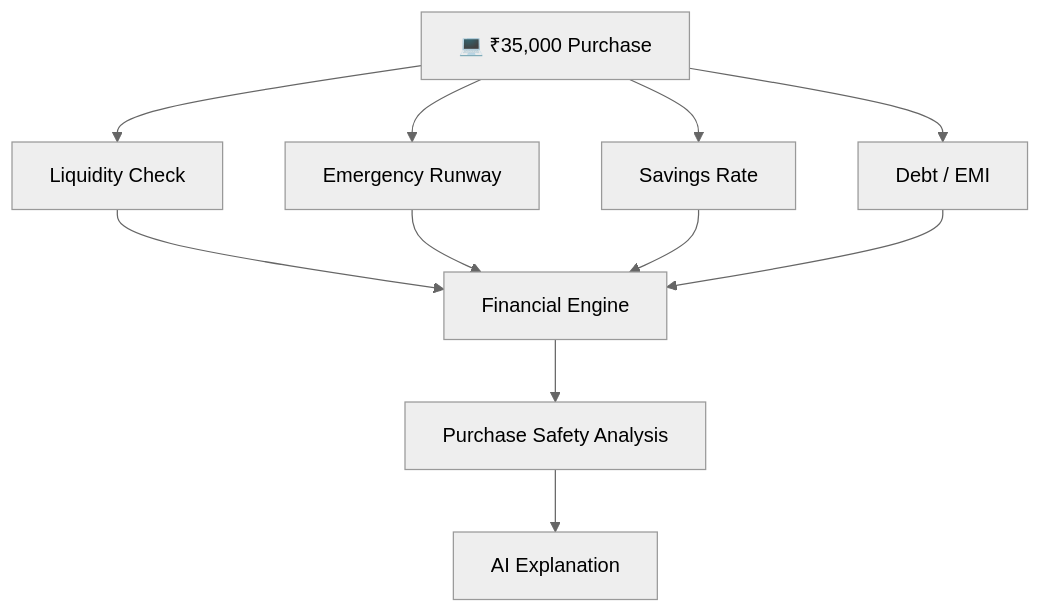
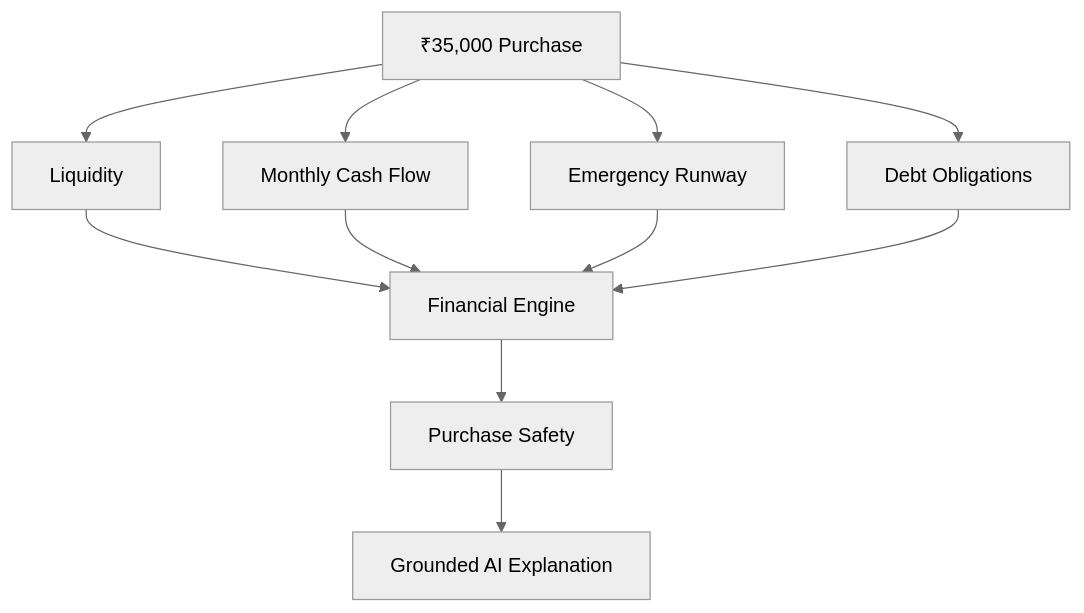
One commit to ShlokMishra01/Fintech-assistant-model-with-neo4j-and-Python changed the seventh of 11 diagrams in README.md. Above: the diagram before and after it, drawn with Mermaid (neutral theme). The commit also changed other lines of this file, not shown here.

````diff
--- a/README.md
+++ b/README.md
@@ -479,16 +572,19 @@
 ```mermaid
 flowchart TD
 
-    A["💻 ₹35,000 Purchase"] --> B["Liquidity Check"]
-    A --> C["Emergency Runway"]
-    A --> D["Savings Rate"]
-    A --> E["Debt / EMI"]
+    A["₹35,000 Purchase"]
+
+    A --> B["Liquidity"]
+    A --> C["Monthly Cash Flow"]
+    A --> D["Emergency Runway"]
+    A --> E["Debt Obligations"]
 
     B --> F["Financial Engine"]
     C --> F
     D --> F
     E --> F
 
-    F --> G["Purchase Safety Analysis"]
-    G --> H["AI Explanation"]
+    F --> G["Purchase Safety"]
+
+    G --> H["Grounded AI Explanation"]
 ```
````
